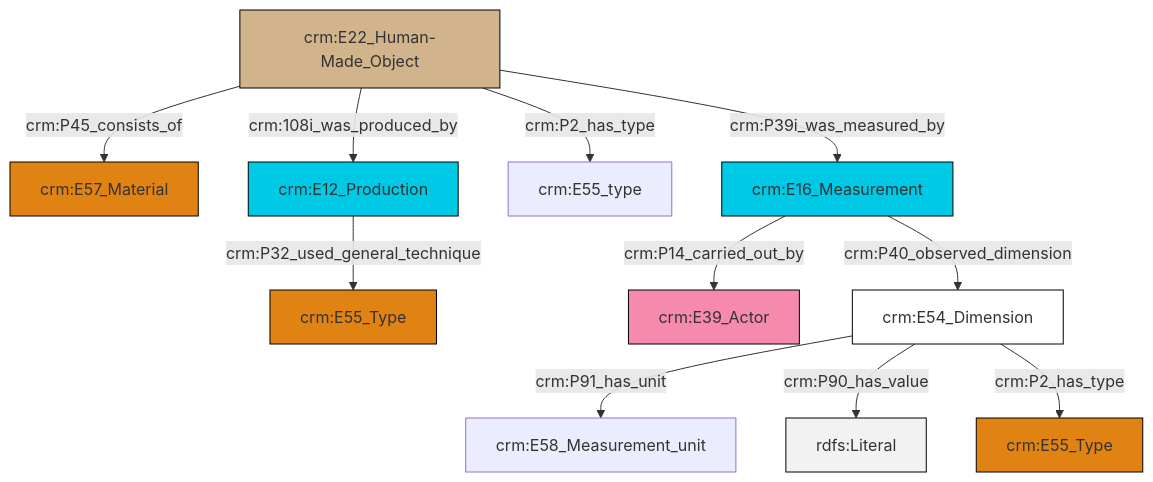
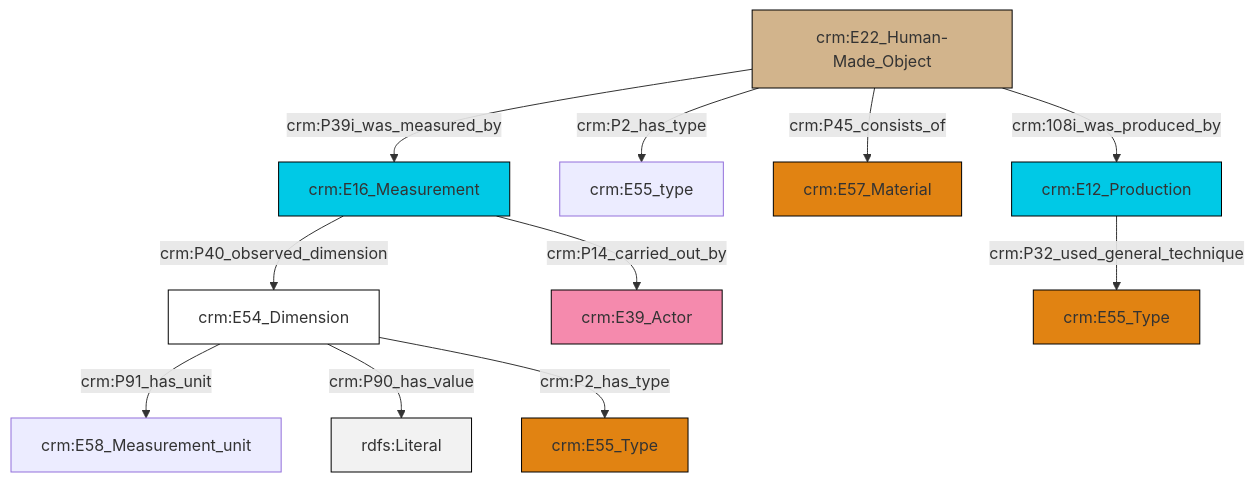
Before and after one commit to swiss-art-research-net/docs.swissartresearch: the diagram in et/builtWorkCSV/ttl/mmd/Built_Work_substance.ttl.mmd, drawn with Mermaid. The commit also changed 172 other files, not shown here.

```diff
--- a/et/builtWorkCSV/ttl/mmd/Built_Work_substance.ttl.mmd
+++ b/et/builtWorkCSV/ttl/mmd/Built_Work_substance.ttl.mmd
@@ -1,25 +1,25 @@
 graph TD
 classDef Literal fill:#f2f2f2,stroke:#000000;
 classDef CRM_Entity fill:#FFFFFF,stroke:#000000;
 classDef Temporal_Entity fill:#00C9E6, stroke:#000000;
 classDef Type fill:#E18312, stroke:#000000;
 classDef Time-Span fill:#2C9C91, stroke:#000000;
 classDef Appellation fill:#FFEB7F, stroke:#000000;
 classDef Place fill:#008836, stroke:#000000;
 classDef Persistent_Item fill:#B266B2, stroke:#000000;
 classDef Conceptual_Object fill:#FFD700, stroke:#000000;
 classDef Physical_Thing fill:#D2B48C, stroke:#000000;
 classDef Actor fill:#f58aad, stroke:#000000;
 classDef PC_Classes fill:#4ce600, stroke:#000000;
 classDef Multi fill:#cccccc,stroke:#000000;
 
-0["crm:E22_Human-Made_Object"]:::Physical_Thing -->|crm:P45_consists_of| 6["crm:E57_Material"]:::Type
-7["crm:E54_Dimension"]:::CRM_Entity -->|crm:P91_has_unit| 9["crm:E58_Measurement_unit"]:::Default
-7["crm:E54_Dimension"]:::CRM_Entity -->|crm:P90_has_value| 10[rdfs:Literal]:::Literal
-7["crm:E54_Dimension"]:::CRM_Entity -->|crm:P2_has_type| 2["crm:E55_Type"]:::Type
-14["crm:E16_Measurement"]:::Temporal_Entity -->|crm:P14_carried_out_by| 15["crm:E39_Actor"]:::Actor
-4["crm:E12_Production"]:::Temporal_Entity -->|crm:P32_used_general_technique| 12["crm:E55_Type"]:::Type
-14["crm:E16_Measurement"]:::Temporal_Entity -->|crm:P40_observed_dimension| 7["crm:E54_Dimension"]:::CRM_Entity
-0["crm:E22_Human-Made_Object"]:::Physical_Thing -->|crm:108i_was_produced_by| 4["crm:E12_Production"]:::Temporal_Entity
-0["crm:E22_Human-Made_Object"]:::Physical_Thing -->|crm:P2_has_type| 17["crm:E55_type"]:::Default
-0["crm:E22_Human-Made_Object"]:::Physical_Thing -->|crm:P39i_was_measured_by| 14["crm:E16_Measurement"]:::Temporal_Entity
+0["crm:E16_Measurement"]:::Temporal_Entity -->|crm:P40_observed_dimension| 1["crm:E54_Dimension"]:::CRM_Entity
+4["crm:E22_Human-Made_Object"]:::Physical_Thing -->|crm:P45_consists_of| 5["crm:E57_Material"]:::Type
+4["crm:E22_Human-Made_Object"]:::Physical_Thing -->|crm:P39i_was_measured_by| 0["crm:E16_Measurement"]:::Temporal_Entity
+4["crm:E22_Human-Made_Object"]:::Physical_Thing -->|crm:108i_was_produced_by| 9["crm:E12_Production"]:::Temporal_Entity
+0["crm:E16_Measurement"]:::Temporal_Entity -->|crm:P14_carried_out_by| 10["crm:E39_Actor"]:::Actor
+1["crm:E54_Dimension"]:::CRM_Entity -->|crm:P91_has_unit| 11["crm:E58_Measurement_unit"]:::Default
+4["crm:E22_Human-Made_Object"]:::Physical_Thing -->|crm:P2_has_type| 2["crm:E55_type"]:::Default
+1["crm:E54_Dimension"]:::CRM_Entity -->|crm:P90_has_value| 14[rdfs:Literal]:::Literal
+1["crm:E54_Dimension"]:::CRM_Entity -->|crm:P2_has_type| 12["crm:E55_Type"]:::Type
+9["crm:E12_Production"]:::Temporal_Entity -->|crm:P32_used_general_technique| 17["crm:E55_Type"]:::Type
```
